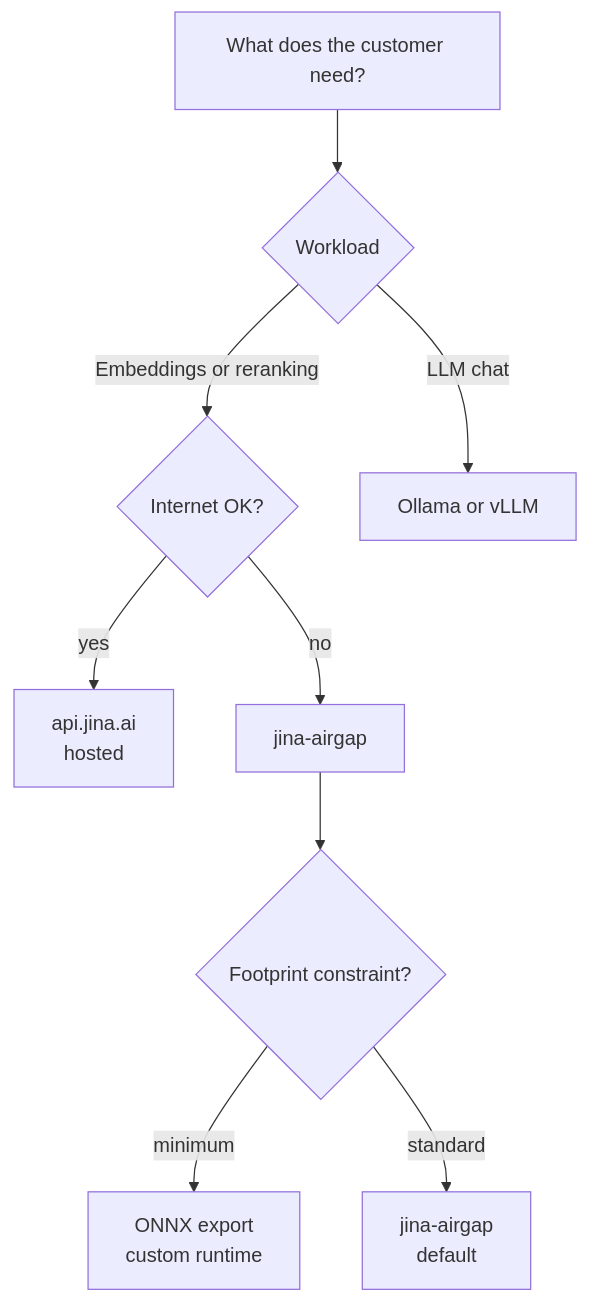
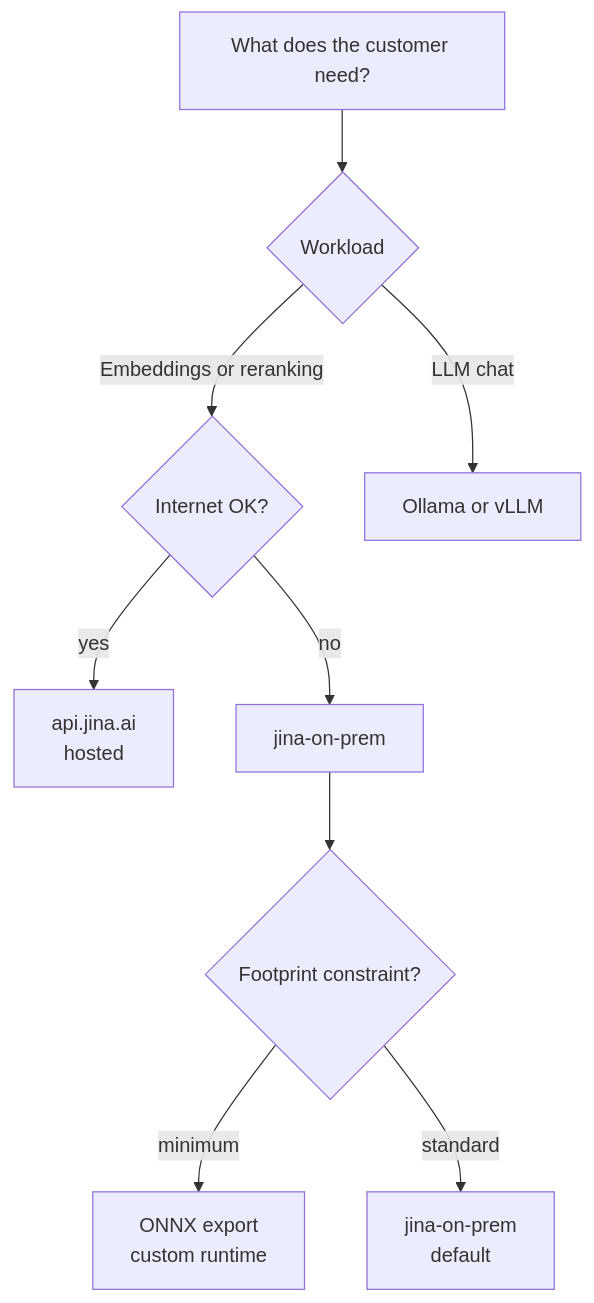
Before and after one commit to jina-ai/jina-on-prem: the second of 2 diagrams in docs/Comparison.md, drawn with Mermaid. The commit also changed other lines of this file and 36 other files, not shown here.

First line of the commit message:
refactor: rename Jina AirGap to Jina On-Prem (#34)

````diff
--- a/docs/Comparison.md
+++ b/docs/Comparison.md
@@ -99,15 +99,15 @@
 ```mermaid
 flowchart TD
     A[What does the customer need?]
     A --> B{Workload}
     B -- Embeddings or reranking --> C{Internet OK?}
     B -- LLM chat --> D[Ollama or vLLM]
     C -- yes --> E[api.jina.ai
 hosted]
-    C -- no --> F[jina-airgap]
+    C -- no --> F[jina-on-prem]
     F --> G{Footprint constraint?}
     G -- minimum --> H[ONNX export
 custom runtime]
-    G -- standard --> I[jina-airgap
+    G -- standard --> I[jina-on-prem
 default]
 ```
````
